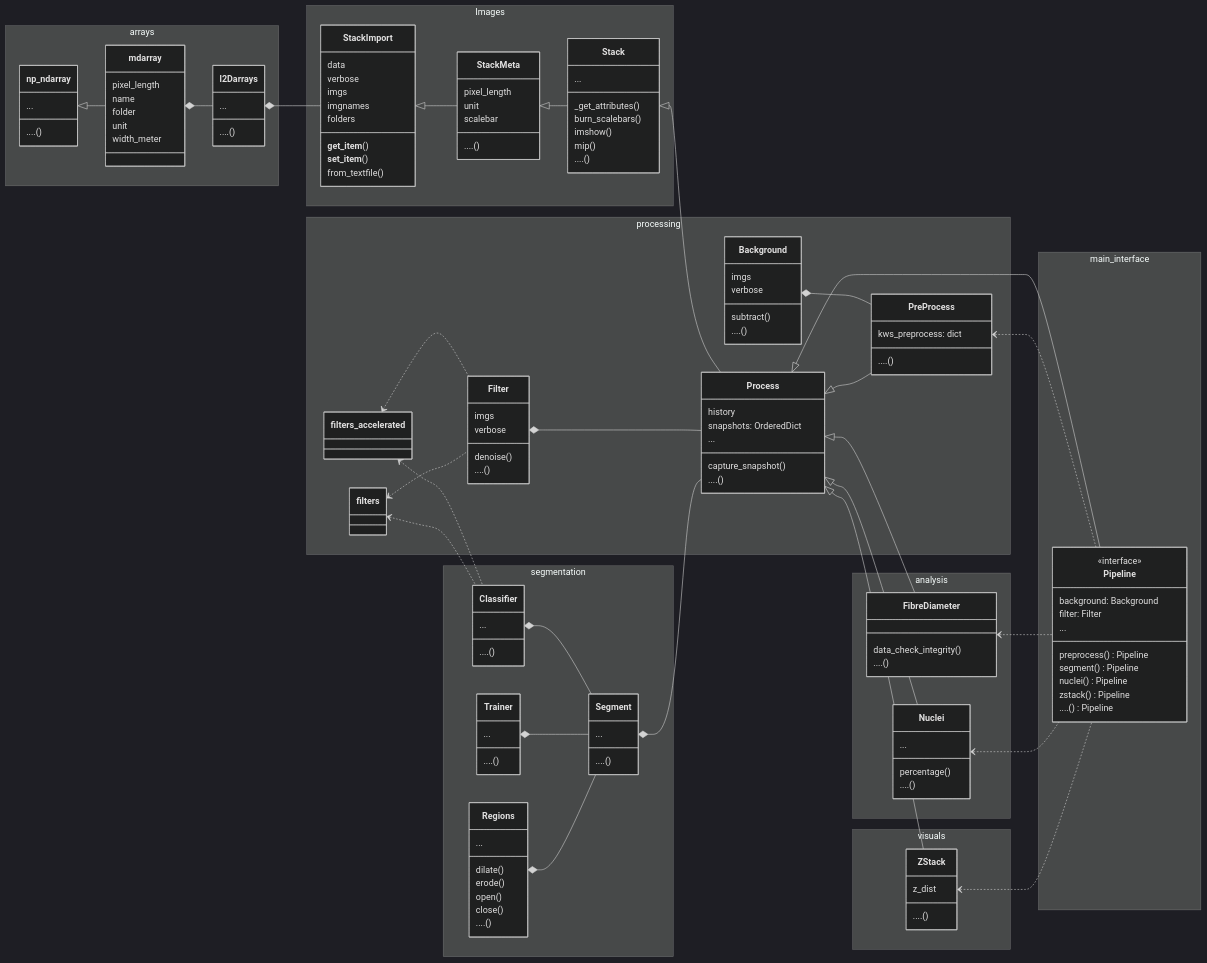
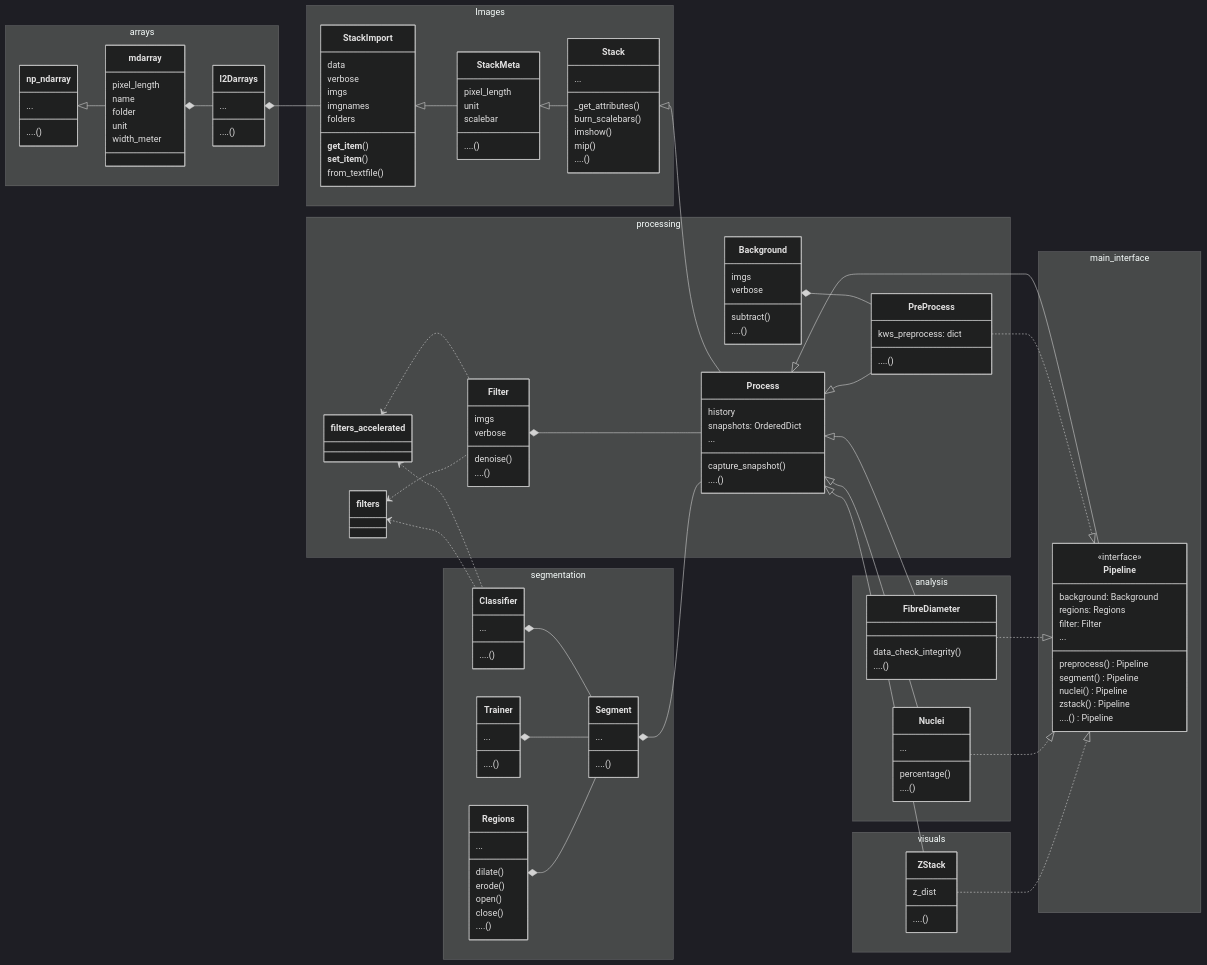
One commit to markur4/a_shg_collagen changed the diagram in README.md. Above: the diagram before and after it, drawn with Mermaid (dark theme). The commit also changed other lines of this file and 11 other files, not shown here.

````diff
--- a/README.md
+++ b/README.md
@@ -231,9 +231,11 @@
    %% Process
    Stack <|-- Process
    
+   %% composition arrows point towards the part
+   Filter *-- Process
+   %% dependency arrows point towards the dependency
    filters_accelerated <.. Filter
    filters <.. Filter
-   Filter *-- Process
    
    %% Preprocessing
    Background *-- PreProcess
@@ -299,6 +301,7 @@
       class Pipeline{
          <<interface>>
          background: Background
+         regions: Regions
          filter: Filter
          ...
          preprocess() Pipeline
@@ -310,9 +313,9 @@
    }
    Process <|-- Pipeline
    
-   PreProcess <..  Pipeline
-   FibreDiameter <..  Pipeline
-   Nuclei <..  Pipeline
-   ZStack <..  Pipeline
+   PreProcess ..|>  Pipeline
+   FibreDiameter ..|>  Pipeline
+   Nuclei ..|>  Pipeline
+   ZStack ..|>  Pipeline
    
 ```
````
